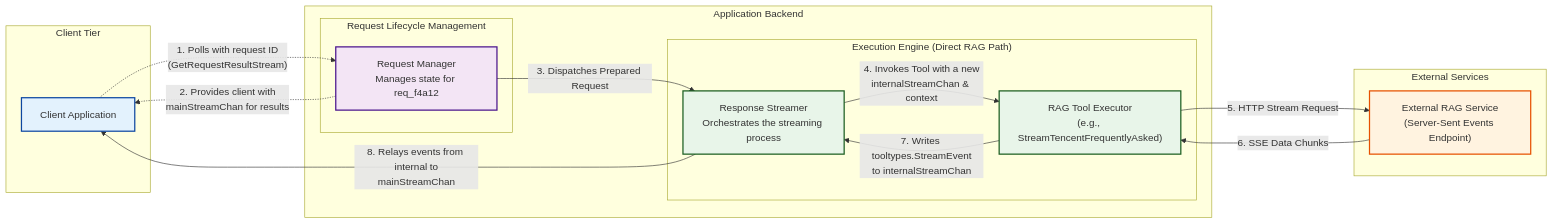
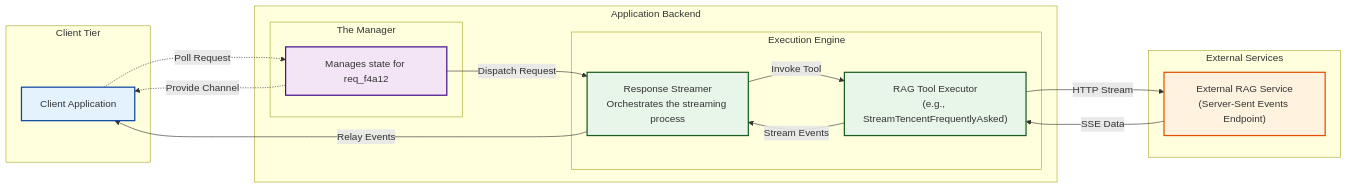
The diagram in hugo_docs/content/docs/narratives/rag_stream_pt2.md (miftahulmahfuzh/agentic), drawn with Mermaid before and after one commit. The commit also changed 3 other files, not shown here.

```diff
--- a/hugo_docs/content/docs/narratives/rag_stream_pt2.md
+++ b/hugo_docs/content/docs/narratives/rag_stream_pt2.md
@@ -95,45 +95,45 @@
 {{< mermaid >}}
 graph LR
     %% Define Subgraphs for architectural layers
     subgraph Client_Tier ["Client Tier"]
         Client[Client Application]
     end
 
     subgraph Application_Backend ["Application Backend"]
-        subgraph Request_Lifecycle ["Request Lifecycle Management"]
-            Manager["Request Manager<br/>Manages state for req_f4a12"]
+        subgraph Request_Lifecycle ["The Manager"]
+            Manager["Manages state for req_f4a12"]
         end
 
-        subgraph Execution_Engine ["Execution Engine (Direct RAG Path)"]
+        subgraph Execution_Engine ["Execution Engine"]
             Streamer["Response Streamer<br/>Orchestrates the streaming process"]
             ToolExecutor["RAG Tool Executor<br/>(e.g., StreamTencentFrequentlyAsked)"]
         end
     end
 
     subgraph External_Services ["External Services"]
         RAG_API["External RAG Service<br/>(Server-Sent Events Endpoint)"]
     end
 
     %% Define Styles for clarity and elegance
     classDef client fill:#e3f2fd,stroke:#0d47a1,stroke-width:2px
     classDef manager fill:#f3e5f5,stroke:#4a148c,stroke-width:2px
     classDef executor fill:#e8f5e9,stroke:#1b5e20,stroke-width:2px
     classDef external fill:#fff3e0,stroke:#e65100,stroke-width:2px
 
     class Client client
     class Manager manager
     class Streamer,ToolExecutor executor
     class RAG_API external
 
     %% Control Flow: Establishes the connection
-    Client -.->|"1. Polls with request ID<br/>(GetRequestResultStream)"| Manager
-    Manager -.->|"2. Provides client with<br/>mainStreamChan for results"| Client
+    Client -.->|"Poll Request"| Manager
+    Manager -.->|"Provide Channel"| Client
 
     %% Execution & Data Flow: The main pipeline
-    Manager -->|"3. Dispatches Prepared Request"| Streamer
-    Streamer -->|"4. Invokes Tool with a new<br/>internalStreamChan & context"| ToolExecutor
-    ToolExecutor -->|"5. HTTP Stream Request"| RAG_API
-    RAG_API -->|"6. SSE Data Chunks"| ToolExecutor
-    ToolExecutor -->|"7. Writes tooltypes.StreamEvent<br/>to internalStreamChan"| Streamer
-    Streamer -->|"8. Relays events from internal to<br/>mainStreamChan"| Client
+    Manager -->|"Dispatch Request"| Streamer
+    Streamer -->|"Invoke Tool"| ToolExecutor
+    ToolExecutor -->|"HTTP Stream"| RAG_API
+    RAG_API -->|"SSE Data"| ToolExecutor
+    ToolExecutor -->|"Stream Events"| Streamer
+    Streamer -->|"Relay Events"| Client
 {{< /mermaid >}}
```
